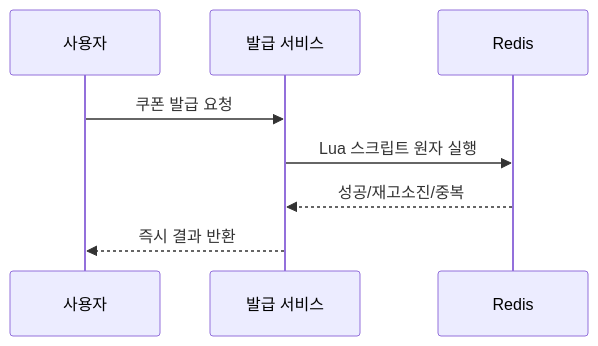
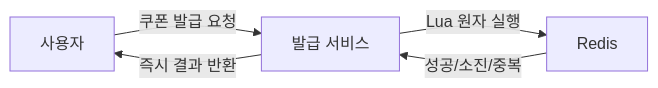
Before and after one commit to yjkim2015/yjkim2015.github.io: the second of 3 diagrams in _posts/systemdesign/2026-05-11-system-design-coupon.md, drawn with Mermaid. The commit also changed other lines of this file and 84 other files, not shown here.

First line of the commit message:
85개 포스트 Mermaid 다이어그램 규칙 일괄 수정

````diff
--- a/_posts/systemdesign/2026-05-11-system-design-coupon.md
+++ b/_posts/systemdesign/2026-05-11-system-design-coupon.md
@@ -128,10 +128,7 @@
 ```mermaid
-sequenceDiagram
-    participant U as 사용자
-    participant CS as 발급 서비스
-    participant R as Redis
-    U->>CS: 쿠폰 발급 요청
-    CS->>R: Lua 스크립트 원자 실행
-    R-->>CS: 성공/재고소진/중복
-    CS-->>U: 즉시 결과 반환
+graph LR
+    A[사용자] -->|쿠폰 발급 요청| B[발급 서비스]
+    B -->|Lua 원자 실행| C[Redis]
+    C -->|성공/소진/중복| B
+    B -->|즉시 결과 반환| A
 ```
````
